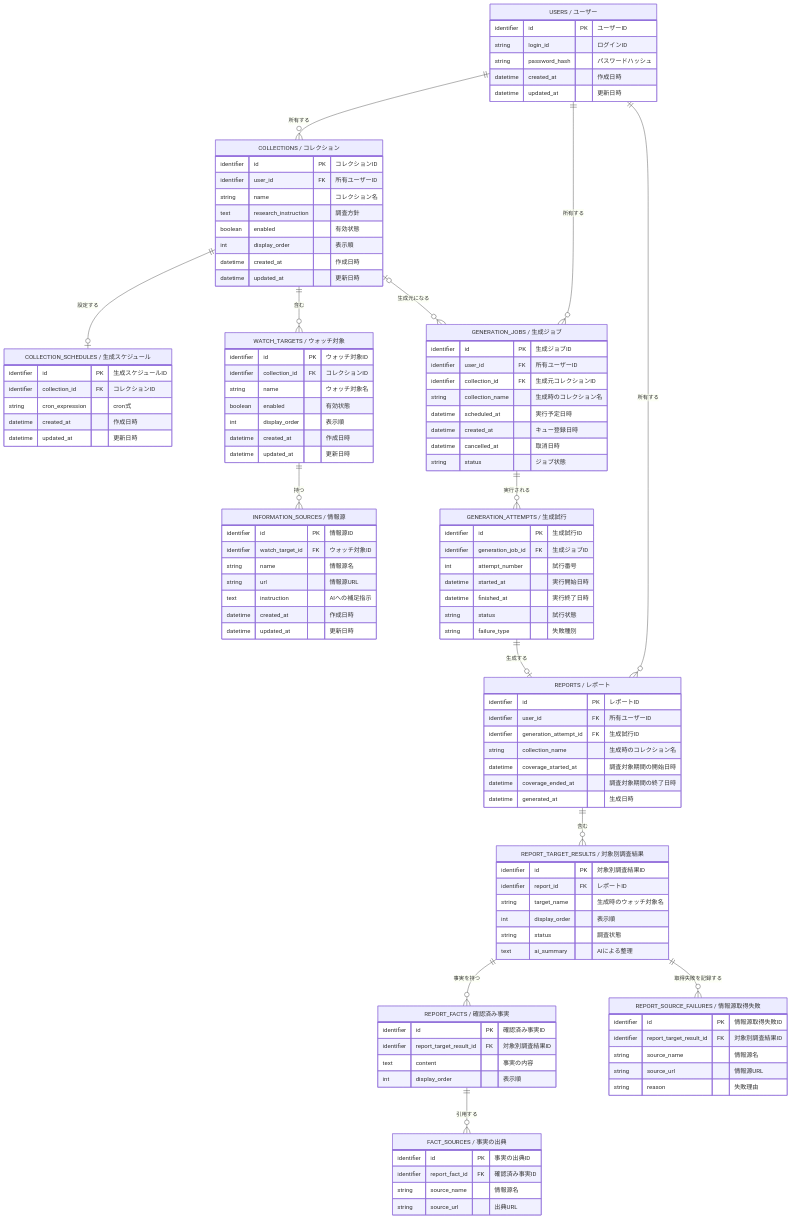
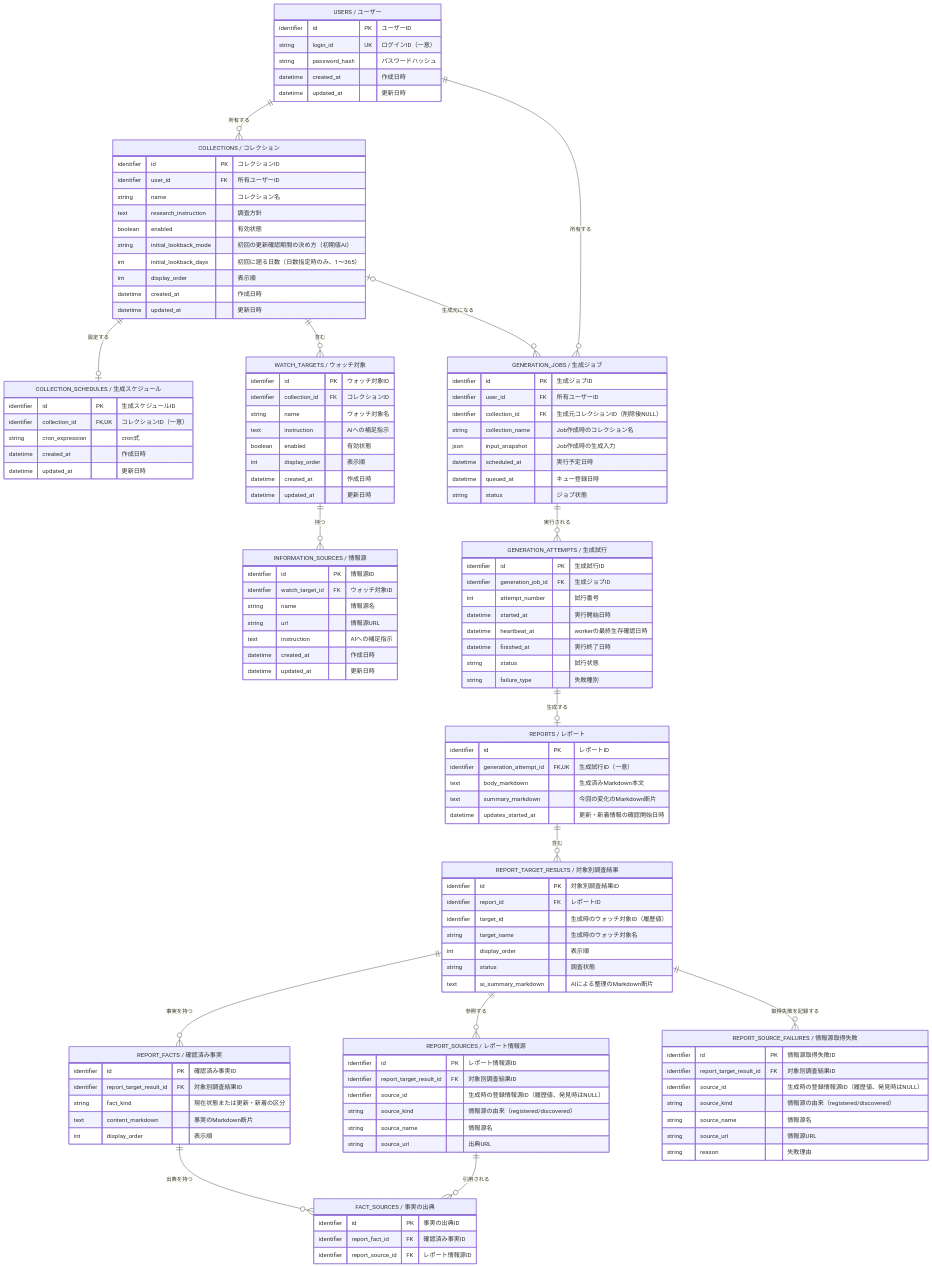
One commit to smofktn/watchbrief changed the first of 3 diagrams in docs/domain-model.md. Above: the diagram before and after it, drawn with Mermaid. The commit also changed other lines of this file and 1 other file, not shown here.

```diff
--- a/docs/domain-model.md
+++ b/docs/domain-model.md
@@ -37,19 +69,20 @@
     WATCH_TARGETS ||--o{ INFORMATION_SOURCES : 持つ
 
     USERS ||--o{ GENERATION_JOBS : 所有する
-    USERS ||--o{ REPORTS : 所有する
     COLLECTIONS o|--o{ GENERATION_JOBS : 生成元になる
     GENERATION_JOBS ||--o{ GENERATION_ATTEMPTS : 実行される
     GENERATION_ATTEMPTS ||--o| REPORTS : 生成する
 
     REPORTS ||--o{ REPORT_TARGET_RESULTS : 含む
     REPORT_TARGET_RESULTS ||--o{ REPORT_FACTS : 事実を持つ
-    REPORT_FACTS ||--o{ FACT_SOURCES : 引用する
+    REPORT_TARGET_RESULTS ||--o{ REPORT_SOURCES : 参照する
+    REPORT_FACTS ||--o{ FACT_SOURCES : 出典を持つ
+    REPORT_SOURCES ||--o{ FACT_SOURCES : 引用される
     REPORT_TARGET_RESULTS ||--o{ REPORT_SOURCE_FAILURES : 取得失敗を記録する
 
     USERS["USERS / ユーザー"] {
         identifier id PK "ユーザーID"
-        string login_id "ログインID"
+        string login_id UK "ログインID（一意）"
         string password_hash "パスワードハッシュ"
         datetime created_at "作成日時"
         datetime updated_at "更新日時"
@@ -61,6 +94,8 @@
         string name "コレクション名"
         text research_instruction "調査方針"
         boolean enabled "有効状態"
+        string initial_lookback_mode "初回の更新確認期間の決め方（初期値AI）"
+        int initial_lookback_days "初回に遡る日数（日数指定時のみ、1〜365）"
         int display_order "表示順"
         datetime created_at "作成日時"
         datetime updated_at "更新日時"
@@ -68,7 +103,7 @@
 
     COLLECTION_SCHEDULES["COLLECTION_SCHEDULES / 生成スケジュール"] {
         identifier id PK "生成スケジュールID"
-        identifier collection_id FK "コレクションID"
+        identifier collection_id FK, UK "コレクションID（一意）"
         string cron_expression "cron式"
         datetime created_at "作成日時"
         datetime updated_at "更新日時"
@@ -78,6 +113,7 @@
         identifier id PK "ウォッチ対象ID"
         identifier collection_id FK "コレクションID"
         string name "ウォッチ対象名"
+        text instruction "AIへの補足指示"
         boolean enabled "有効状態"
         int display_order "表示順"
         datetime created_at "作成日時"
@@ -97,11 +133,11 @@
     GENERATION_JOBS["GENERATION_JOBS / 生成ジョブ"] {
         identifier id PK "生成ジョブID"
         identifier user_id FK "所有ユーザーID"
-        identifier collection_id FK "生成元コレクションID"
-        string collection_name "生成時のコレクション名"
+        identifier collection_id FK "生成元コレクションID（削除後NULL）"
+        string collection_name "Job作成時のコレクション名"
+        json input_snapshot "Job作成時の生成入力"
         datetime scheduled_at "実行予定日時"
-        datetime created_at "キュー登録日時"
-        datetime cancelled_at "取消日時"
+        datetime queued_at "キュー登録日時"
         string status "ジョブ状態"
     }
 
@@ -110,6 +146,7 @@
         identifier generation_job_id FK "生成ジョブID"
         int attempt_number "試行番号"
         datetime started_at "実行開始日時"
+        datetime heartbeat_at "workerの最終生存確認日時"
         datetime finished_at "実行終了日時"
         string status "試行状態"
         string failure_type "失敗種別"
@@ -117,40 +154,50 @@
 
     REPORTS["REPORTS / レポート"] {
         identifier id PK "レポートID"
-        identifier user_id FK "所有ユーザーID"
-        identifier generation_attempt_id FK "生成試行ID"
-        string collection_name "生成時のコレクション名"
-        datetime coverage_started_at "調査対象期間の開始日時"
-        datetime coverage_ended_at "調査対象期間の終了日時"
-        datetime generated_at "生成日時"
+        identifier generation_attempt_id FK, UK "生成試行ID（一意）"
+        text body_markdown "生成済みMarkdown本文"
+        text summary_markdown "今回の変化のMarkdown断片"
+        datetime updates_started_at "更新・新着情報の確認開始日時"
     }
 
     REPORT_TARGET_RESULTS["REPORT_TARGET_RESULTS / 対象別調査結果"] {
         identifier id PK "対象別調査結果ID"
         identifier report_id FK "レポートID"
+        identifier target_id "生成時のウォッチ対象ID（履歴値）"
         string target_name "生成時のウォッチ対象名"
         int display_order "表示順"
         string status "調査状態"
-        text ai_summary "AIによる整理"
+        text ai_summary_markdown "AIによる整理のMarkdown断片"
     }
 
     REPORT_FACTS["REPORT_FACTS / 確認済み事実"] {
         identifier id PK "確認済み事実ID"
         identifier report_target_result_id FK "対象別調査結果ID"
-        text content "事実の内容"
+        string fact_kind "現在状態または更新・新着の区分"
+        text content_markdown "事実のMarkdown断片"
         int display_order "表示順"
+    }
+
+    REPORT_SOURCES["REPORT_SOURCES / レポート情報源"] {
+        identifier id PK "レポート情報源ID"
+        identifier report_target_result_id FK "対象別調査結果ID"
+        identifier source_id "生成時の登録情報源ID（履歴値、発見時はNULL）"
+        string source_kind "情報源の由来（registered/discovered）"
+        string source_name "情報源名"
+        string source_url "出典URL"
     }
 
     FACT_SOURCES["FACT_SOURCES / 事実の出典"] {
         identifier id PK "事実の出典ID"
         identifier report_fact_id FK "確認済み事実ID"
-        string source_name "情報源名"
-        string source_url "出典URL"
+        identifier report_source_id FK "レポート情報源ID"
     }
 
     REPORT_SOURCE_FAILURES["REPORT_SOURCE_FAILURES / 情報源取得失敗"] {
         identifier id PK "情報源取得失敗ID"
         identifier report_target_result_id FK "対象別調査結果ID"
+        identifier source_id "生成時の登録情報源ID（履歴値、発見時はNULL）"
+        string source_kind "情報源の由来（registered/discovered）"
         string source_name "情報源名"
         string source_url "情報源URL"
         string reason "失敗理由"
```
